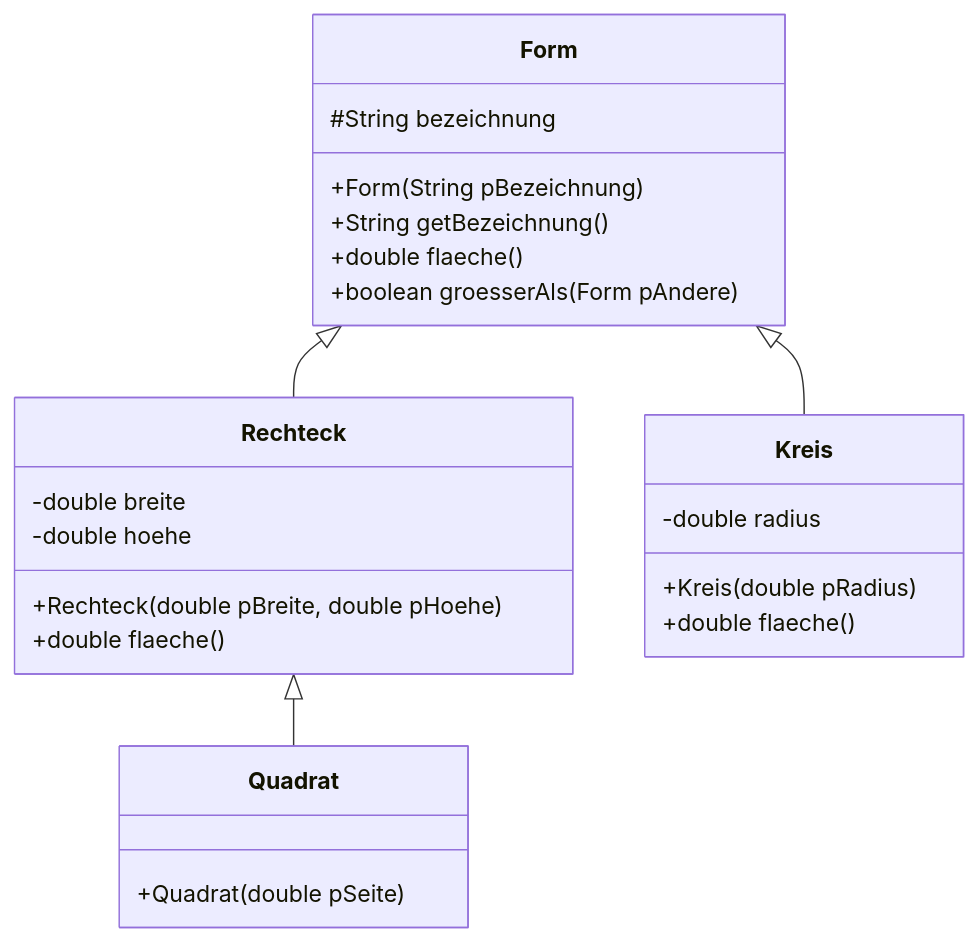
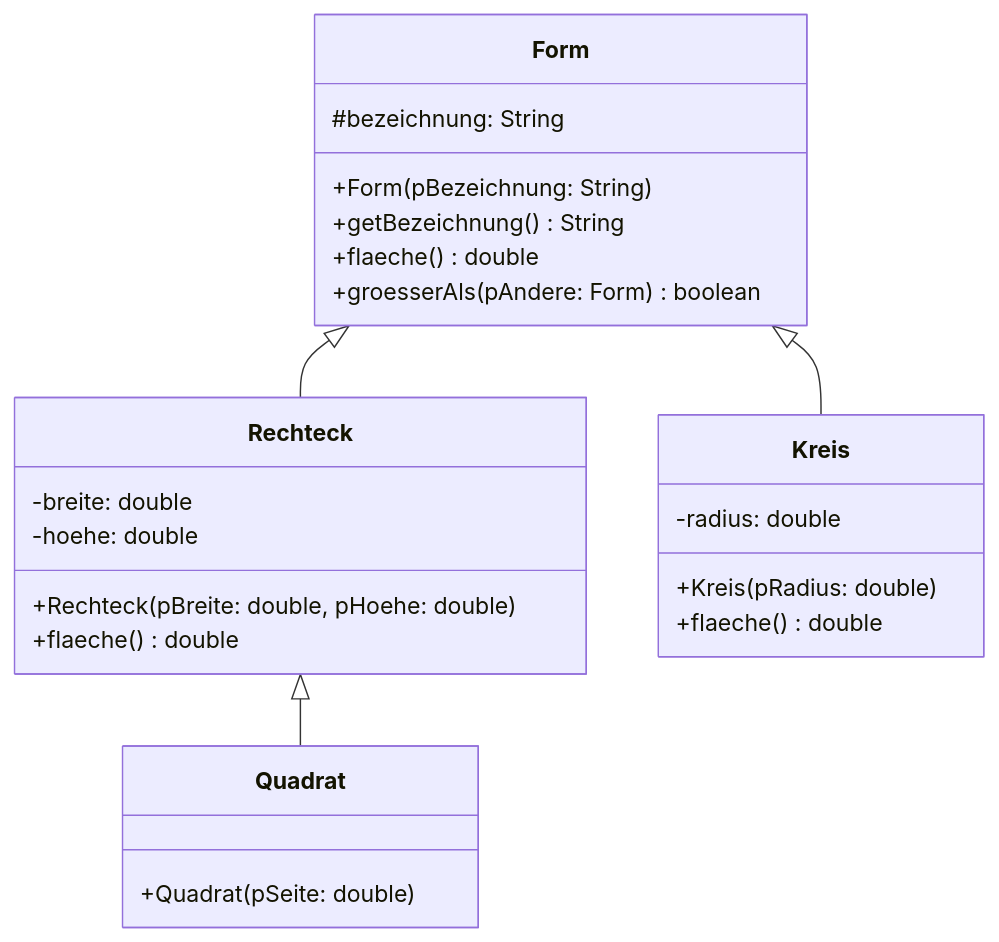
One commit to openpatch/hyperbook-informatik changed the diagram in book/oberstufe/oop/02-erweiterungen/01-vertiefte-objektorientierung/04-polymorphie.md. Above: the diagram before and after it, drawn with Mermaid. The commit also changed 19 other files, not shown here.

Commit message:
richtige implementationsdiagramme

````diff
--- a/book/oberstufe/oop/02-erweiterungen/01-vertiefte-objektorientierung/04-polymorphie.md
+++ b/book/oberstufe/oop/02-erweiterungen/01-vertiefte-objektorientierung/04-polymorphie.md
@@ -530,27 +530,27 @@
 ```mermaid
 classDiagram
     class Form {
-        #String bezeichnung
-        +Form(String pBezeichnung)
-        +String getBezeichnung()
-        +double flaeche()
-        +boolean groesserAls(Form pAndere)
+        #bezeichnung: String
+        +Form(pBezeichnung: String)
+        +getBezeichnung() String
+        +flaeche() double
+        +groesserAls(pAndere: Form) boolean
     }
     class Rechteck {
-        -double breite
-        -double hoehe
-        +Rechteck(double pBreite, double pHoehe)
-        +double flaeche()
+        -breite: double
+        -hoehe: double
+        +Rechteck(pBreite: double, pHoehe: double)
+        +flaeche() double
     }
     class Quadrat {
-        +Quadrat(double pSeite)
+        +Quadrat(pSeite: double)
     }
     class Kreis {
-        -double radius
-        +Kreis(double pRadius)
-        +double flaeche()
+        -radius: double
+        +Kreis(pRadius: double)
+        +flaeche() double
     }
     Form <|-- Rechteck
     Rechteck <|-- Quadrat
     Form <|-- Kreis
 ```
````
